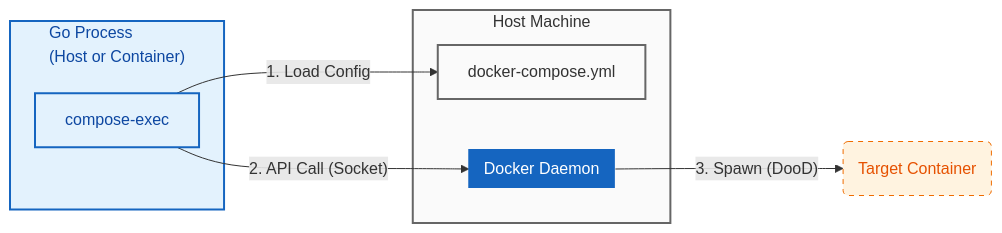
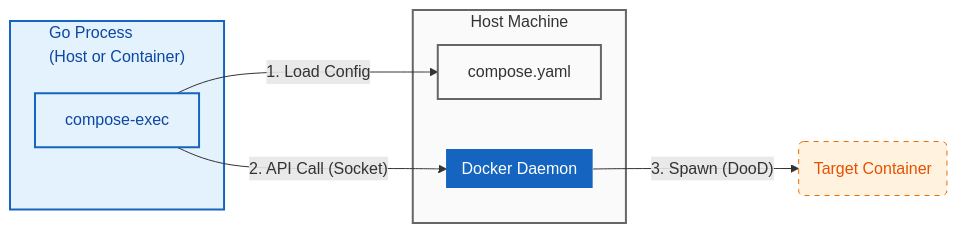
The diagram in README.md (hnw/compose-exec), drawn with Mermaid before and after one commit. The commit also changed other lines of this file and 6 other files, not shown here.

````diff
--- a/README.md
+++ b/README.md
@@ -24,26 +24,26 @@
 ```mermaid
 graph LR
     classDef host fill:#fafafa,stroke:#666,stroke-width:2px,color:#333;
     classDef container fill:#e3f2fd,stroke:#1565c0,stroke-width:2px,color:#0d47a1;
     classDef daemon fill:#1565c0,stroke:#fff,stroke-width:0px,color:#fff;
     classDef target fill:#fff3e0,stroke:#ef6c00,stroke-dasharray: 5 5,color:#e65100;
 
     subgraph Host ["Host Machine"]
-        File["docker-compose.yml"]:::host
+        File["compose.yaml"]:::host
         Daemon[["Docker Daemon"]]:::daemon
     end
 
     subgraph Controller ["Go Process<br>(Host or Container)"]
         Lib["compose-exec"]:::container
     end
 
     Target("Target Container"):::target
 
     Lib -- "1. Load Config" --> File
     Lib -- "2. API Call (Socket)" --> Daemon
     Daemon -- "3. Spawn (DooD)" --> Target
 
     class Host host;
     class Controller container;
 
 ```
````
